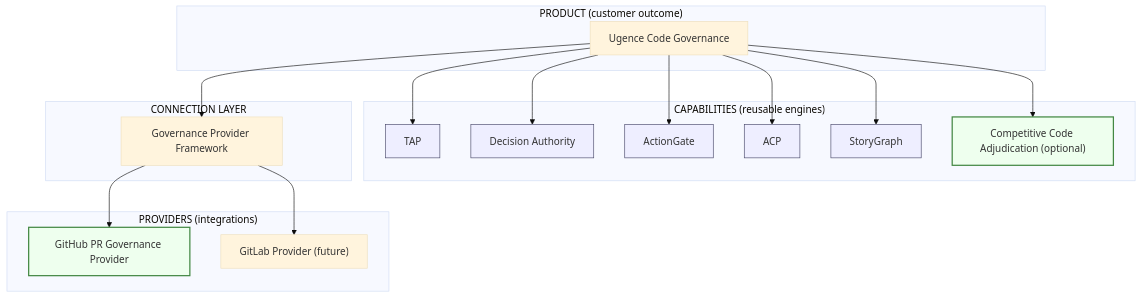
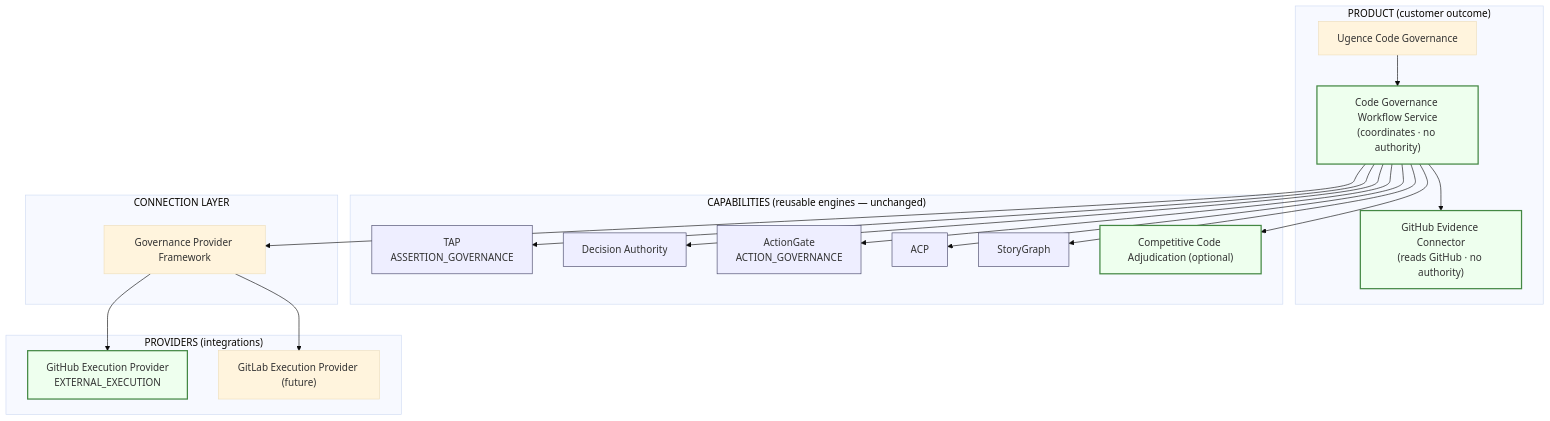
Before and after one commit to rasaha/symbolu: the first of 4 diagrams in UGENCE_CODE_GOVERNANCE_DESIGN_SPEC.md, drawn with Mermaid (base theme). The commit also changed other lines of this file, not shown here.

First line of the commit message:
docs: correct Code Governance provider model and contract mapping (v0.2)

````diff
--- a/UGENCE_CODE_GOVERNANCE_DESIGN_SPEC.md
+++ b/UGENCE_CODE_GOVERNANCE_DESIGN_SPEC.md
@@ -94,26 +145,29 @@
 ```mermaid
 flowchart TD
     subgraph PROD["PRODUCT (customer outcome)"]
       CG["Ugence Code Governance"]
+      WS["Code Governance Workflow Service<br/>(coordinates · no authority)"]:::new
+      EC["GitHub Evidence Connector<br/>(reads GitHub · no authority)"]:::new
     end
-    subgraph CAP["CAPABILITIES (reusable engines)"]
-      TAP["TAP"]:::c
+    subgraph CAP["CAPABILITIES (reusable engines — unchanged)"]
+      TAP["TAP<br/>ASSERTION_GOVERNANCE"]:::c
       DA["Decision Authority"]:::c
-      AG["ActionGate"]:::c
+      AG["ActionGate<br/>ACTION_GOVERNANCE"]:::c
       ACP["ACP"]:::c
       SG["StoryGraph"]:::c
       CCA["Competitive Code Adjudication (optional)"]:::new
     end
     subgraph FW["CONNECTION LAYER"]
       GPF["Governance Provider Framework"]
     end
     subgraph PROV["PROVIDERS (integrations)"]
-      GH["GitHub PR Governance Provider"]:::new
-      GL["GitLab Provider (future)"]
+      GHX["GitHub Execution Provider<br/>EXTERNAL_EXECUTION"]:::new
+      GL["GitLab Execution Provider (future)"]
     end
-    CG --> TAP & DA & AG & ACP & SG & CCA
-    CG --> GPF
-    GPF --> GH & GL
+    CG --> WS
+    WS --> EC & TAP & DA & AG & ACP & SG & CCA
+    WS --> GPF
+    GPF --> GHX & GL
     classDef c fill:#eef,stroke:#446;
     classDef new fill:#efe,stroke:#484,stroke-width:2px;
 ```
````
